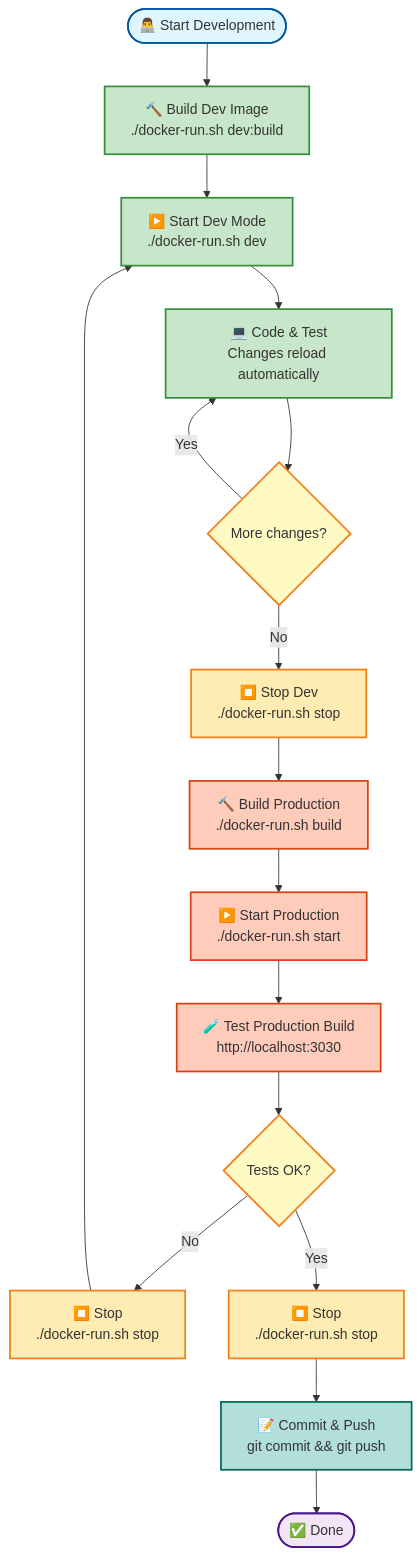
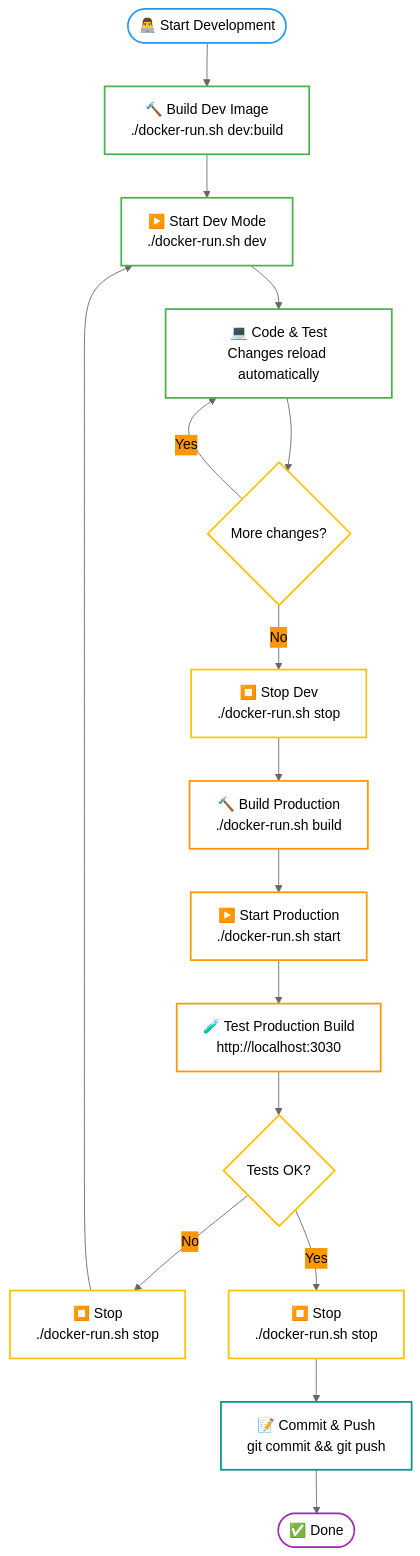
One commit to ever-co/ever-teams changed the fourth of 4 diagrams in DOCKER_DEV_VS_PROD.md. Above: the diagram before and after it, drawn with Mermaid. The commit also changed other lines of this file and 1 other file, not shown here.

Commit message:
fix: update docker-run.sh to set production environment file for build, start, and restart commands

````diff
--- a/DOCKER_DEV_VS_PROD.md
+++ b/DOCKER_DEV_VS_PROD.md
@@ -195,34 +198,35 @@
 ```mermaid
+%%{init: {'theme':'base', 'themeVariables': { 'primaryColor':'#4CAF50','primaryTextColor':'#000','primaryBorderColor':'#2E7D32','lineColor':'#666','secondaryColor':'#FF9800','tertiaryColor':'#2196F3'}}}%%
 graph TD
     Start([👨‍💻 Start Development]) --> BuildDev[🔨 Build Dev Image<br/>./docker-run.sh dev:build]
     BuildDev --> StartDev[▶️ Start Dev Mode<br/>./docker-run.sh dev]
     StartDev --> Code[💻 Code & Test<br/>Changes reload automatically]
     Code --> Decision{More changes?}
     Decision -->|Yes| Code
     Decision -->|No| StopDev[⏹️ Stop Dev<br/>./docker-run.sh stop]
 
     StopDev --> BuildProd[🔨 Build Production<br/>./docker-run.sh build]
     BuildProd --> StartProd[▶️ Start Production<br/>./docker-run.sh start]
     StartProd --> Test[🧪 Test Production Build<br/>http://localhost:3030]
     Test --> TestOK{Tests OK?}
     TestOK -->|No| StopProd1[⏹️ Stop<br/>./docker-run.sh stop]
     StopProd1 --> StartDev
     TestOK -->|Yes| StopProd2[⏹️ Stop<br/>./docker-run.sh stop]
     StopProd2 --> Commit[📝 Commit & Push<br/>git commit && git push]
     Commit --> End([✅ Done])
 
-    style Start fill:#e1f5fe,stroke:#01579b,stroke-width:2px
-    style BuildDev fill:#c8e6c9,stroke:#388e3c,stroke-width:2px
-    style StartDev fill:#c8e6c9,stroke:#388e3c,stroke-width:2px
-    style Code fill:#c8e6c9,stroke:#388e3c,stroke-width:2px
-    style StopDev fill:#ffecb3,stroke:#f57f17,stroke-width:2px
-    style BuildProd fill:#ffccbc,stroke:#d84315,stroke-width:2px
-    style StartProd fill:#ffccbc,stroke:#d84315,stroke-width:2px
-    style Test fill:#ffccbc,stroke:#d84315,stroke-width:2px
-    style StopProd1 fill:#ffecb3,stroke:#f57f17,stroke-width:2px
-    style StopProd2 fill:#ffecb3,stroke:#f57f17,stroke-width:2px
-    style Commit fill:#b2dfdb,stroke:#00695c,stroke-width:2px
-    style End fill:#f3e5f5,stroke:#4a148c,stroke-width:2px
-    style Decision fill:#fff9c4,stroke:#f57f17,stroke-width:2px
-    style TestOK fill:#fff9c4,stroke:#f57f17,stroke-width:2px
+    style Start fill:none,stroke:#2196F3,stroke-width:2px
+    style BuildDev fill:none,stroke:#4CAF50,stroke-width:2px
+    style StartDev fill:none,stroke:#4CAF50,stroke-width:2px
+    style Code fill:none,stroke:#4CAF50,stroke-width:2px
+    style StopDev fill:none,stroke:#FFC107,stroke-width:2px
+    style BuildProd fill:none,stroke:#FF9800,stroke-width:2px
+    style StartProd fill:none,stroke:#FF9800,stroke-width:2px
+    style Test fill:none,stroke:#FF9800,stroke-width:2px
+    style StopProd1 fill:none,stroke:#FFC107,stroke-width:2px
+    style StopProd2 fill:none,stroke:#FFC107,stroke-width:2px
+    style Commit fill:none,stroke:#009688,stroke-width:2px
+    style End fill:none,stroke:#9C27B0,stroke-width:2px
+    style Decision fill:none,stroke:#FFC107,stroke-width:2px
+    style TestOK fill:none,stroke:#FFC107,stroke-width:2px
 ```
````
